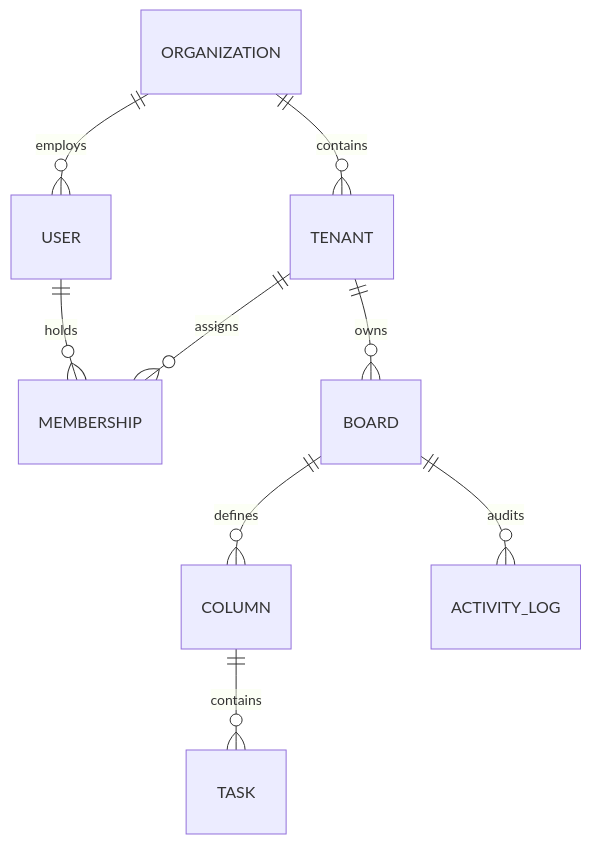
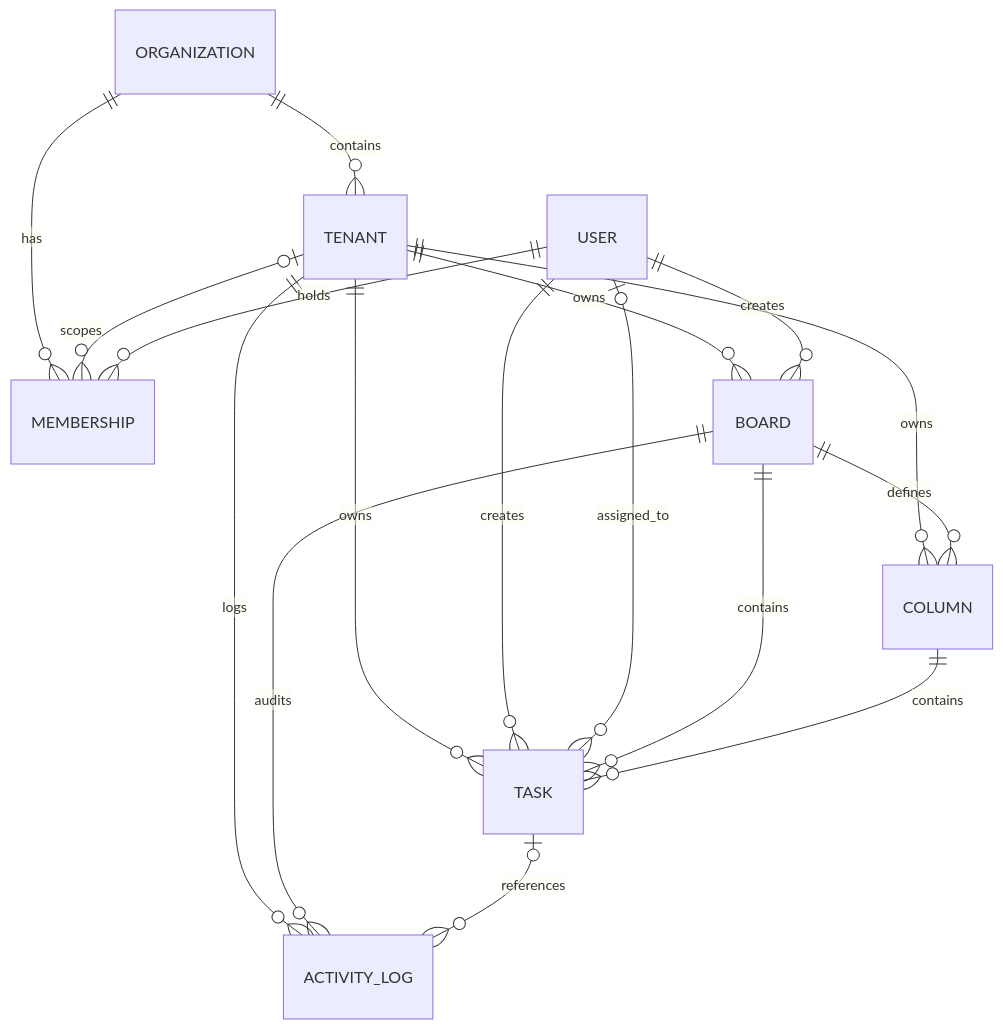
Before and after one commit to Nikhil166-tech/julleyonline-fde-assignment.: the diagram in README.md, drawn with Mermaid. The commit also changed other lines of this file and 6 other files, not shown here.

Commit message:
fix(submission): enforce atomic version-conditional task deletion and align ER diagrams with PostgreSQL schema

````diff
--- a/README.md
+++ b/README.md
@@ -78,11 +78,19 @@
 ```mermaid
 erDiagram
     ORGANIZATION ||--o{ TENANT : contains
-    ORGANIZATION ||--o{ USER : employs
-    TENANT ||--o{ MEMBERSHIP : assigns
+    ORGANIZATION ||--o{ MEMBERSHIP : has
+    TENANT o|--o{ MEMBERSHIP : scopes
     USER ||--o{ MEMBERSHIP : holds
     TENANT ||--o{ BOARD : owns
+    TENANT ||--o{ COLUMN : owns
+    TENANT ||--o{ TASK : owns
+    TENANT ||--o{ ACTIVITY_LOG : logs
+    USER ||--o{ BOARD : creates
+    USER ||--o{ TASK : creates
+    USER o|--o{ TASK : assigned_to
     BOARD ||--o{ COLUMN : defines
+    BOARD ||--o{ TASK : contains
+    BOARD ||--o{ ACTIVITY_LOG : audits
     COLUMN ||--o{ TASK : contains
-    BOARD ||--o{ ACTIVITY_LOG : audits
+    TASK o|--o{ ACTIVITY_LOG : references
 ```
````
